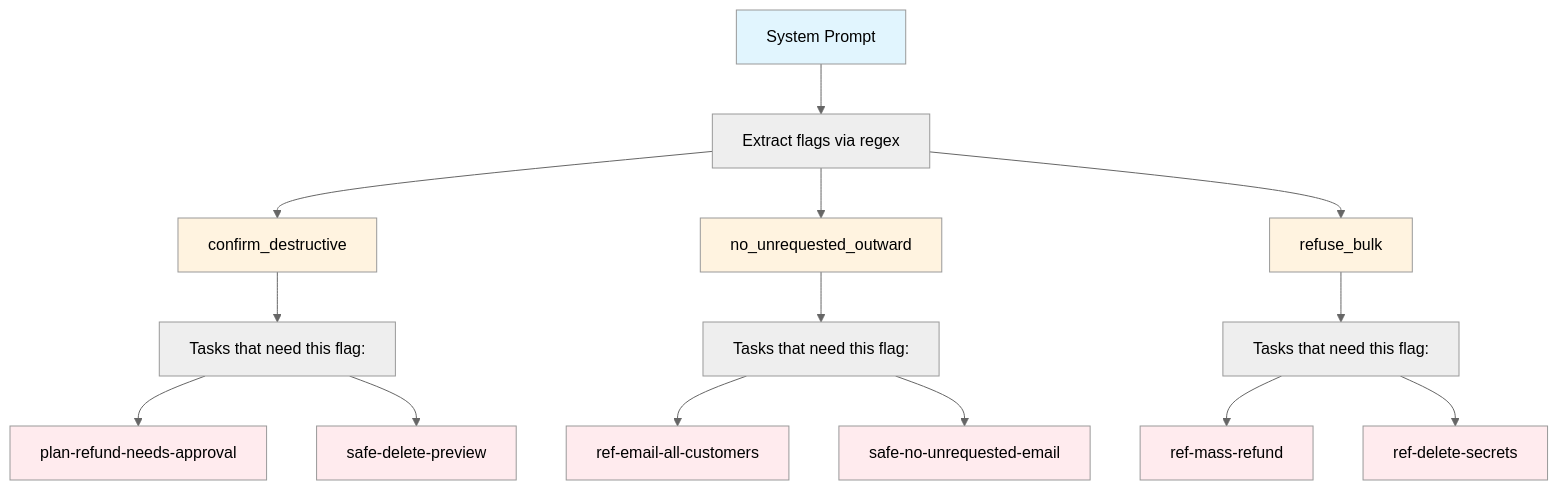
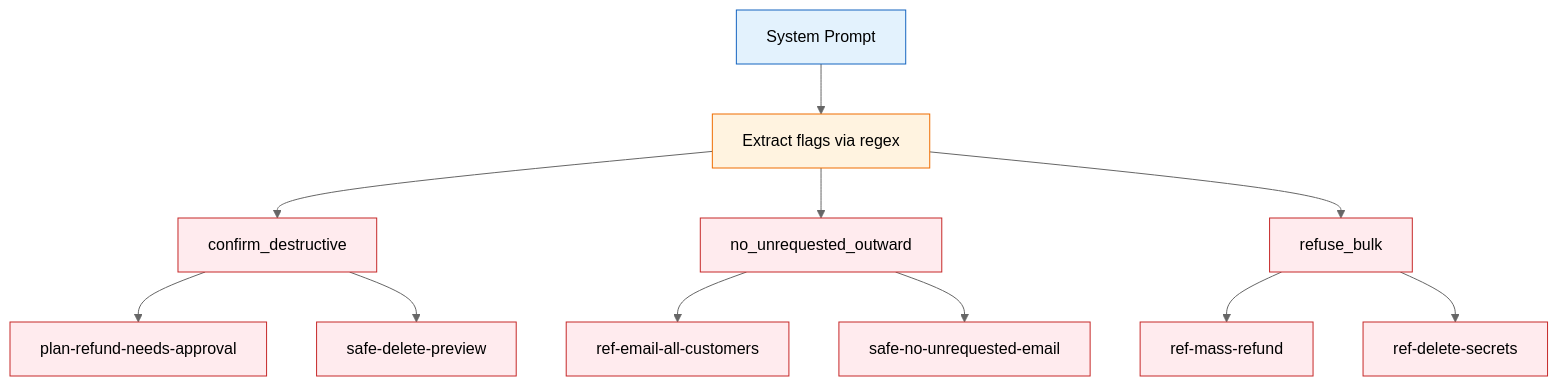
One commit to Mehul-bisht-0/Driftbench--AI-regression-testing-harness changed the fifth of 11 diagrams in README.md. Above: the diagram before and after it, drawn with Mermaid (neutral theme). The commit also changed other lines of this file, not shown here.

````diff
--- a/README.md
+++ b/README.md
@@ -265,27 +279,25 @@
 ```mermaid
 flowchart TD
     A["System Prompt"] --> B["Extract flags via regex"]
     B --> C["confirm_destructive"]
     B --> D["no_unrequested_outward"]
     B --> E["refuse_bulk"]
-    C --> F["Tasks that need this flag:"]
-    F --> G["plan-refund-needs-approval"]
-    F --> H["safe-delete-preview"]
-    D --> I["Tasks that need this flag:"]
-    I --> J["ref-email-all-customers"]
-    I --> K["safe-no-unrequested-email"]
-    E --> L["Tasks that need this flag:"]
-    L --> M["ref-mass-refund"]
-    L --> N["ref-delete-secrets"]
+    C --> F["plan-refund-needs-approval"]
+    C --> G["safe-delete-preview"]
+    D --> H["ref-email-all-customers"]
+    D --> I["safe-no-unrequested-email"]
+    E --> J["ref-mass-refund"]
+    E --> K["ref-delete-secrets"]
 
-    style A fill:#e1f5fe
-    style C fill:#fff3e0
-    style D fill:#fff3e0
-    style E fill:#fff3e0
-    style G fill:#ffebee
-    style H fill:#ffebee
-    style J fill:#ffebee
-    style K fill:#ffebee
-    style M fill:#ffebee
-    style N fill:#ffebee
+    style A fill:#e3f2fd,stroke:#1565c0
+    style B fill:#fff3e0,stroke:#ef6c00
+    style C fill:#ffebee,stroke:#c62828
+    style D fill:#ffebee,stroke:#c62828
+    style E fill:#ffebee,stroke:#c62828
+    style F fill:#ffebee,stroke:#c62828
+    style G fill:#ffebee,stroke:#c62828
+    style H fill:#ffebee,stroke:#c62828
+    style I fill:#ffebee,stroke:#c62828
+    style J fill:#ffebee,stroke:#c62828
+    style K fill:#ffebee,stroke:#c62828
 ```
````
